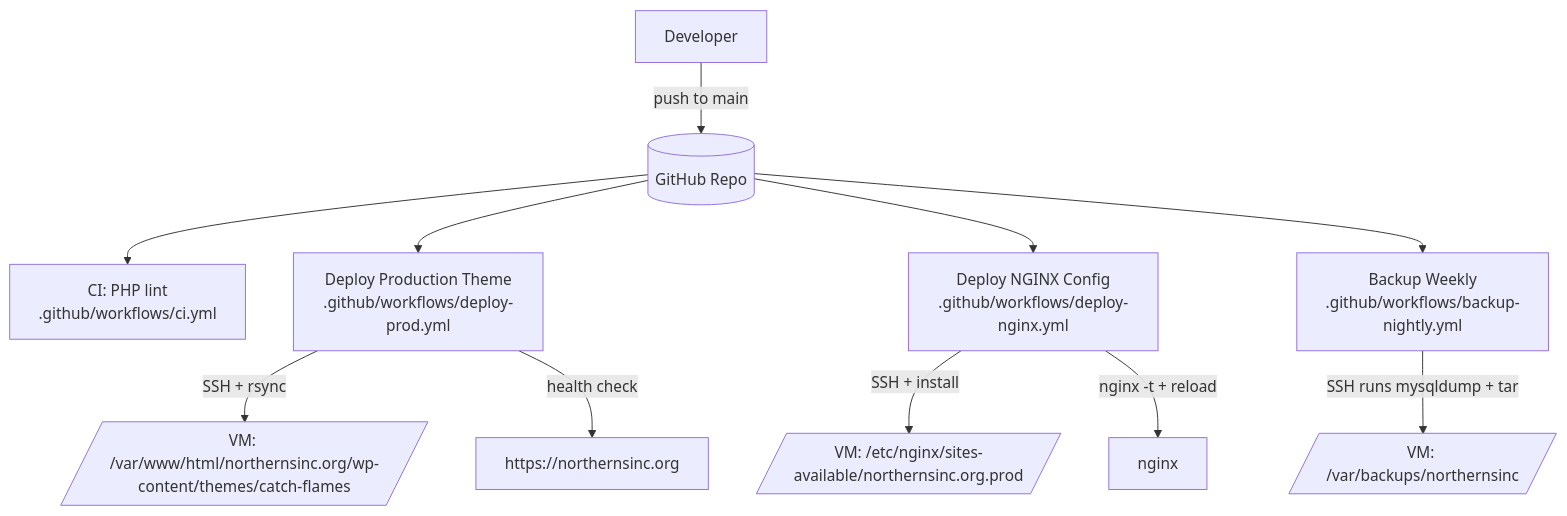
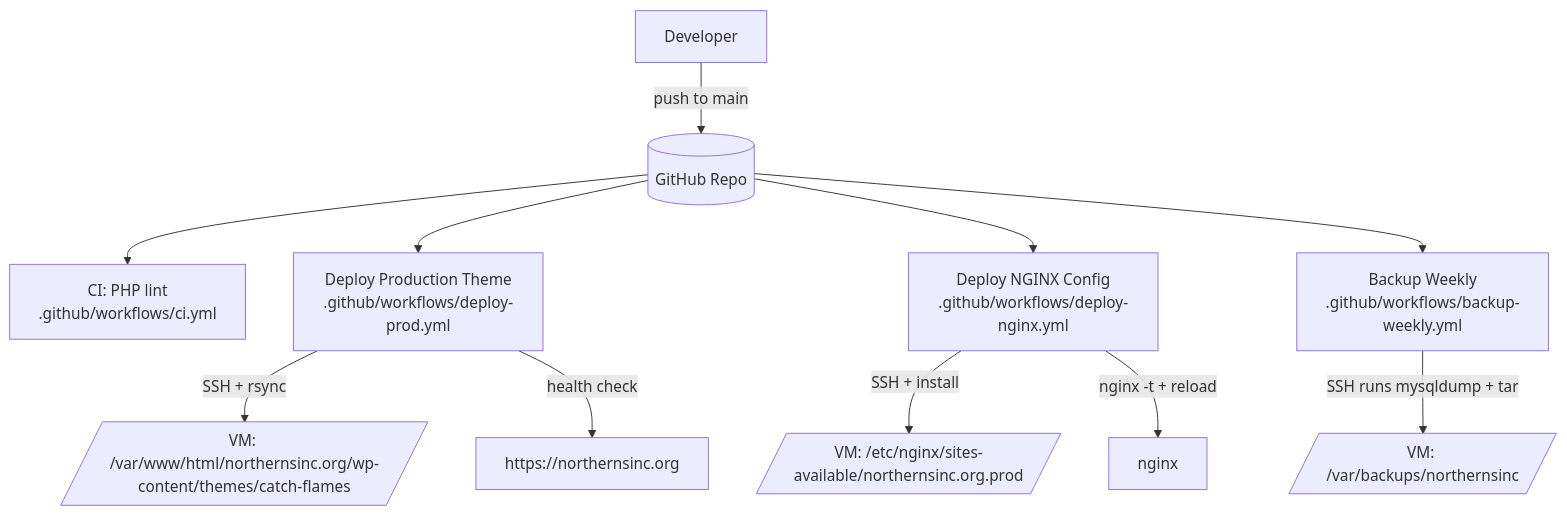
Before and after one commit to umckidy/northernsinc: the diagram in README.md, drawn with Mermaid. The commit also changed 1 other file, not shown here.

Commit message:
Rename backup workflow to backup-weekly.yml
Rename the scheduled backup workflow file to reflect weekly cadence and update README references.

````diff
--- a/README.md
+++ b/README.md
@@ -20,17 +20,17 @@
 ```mermaid
 flowchart TD
   Dev[Developer] -->|push to main| GitHub[(GitHub Repo)]
 
   GitHub --> CI[CI: PHP lint\n.github/workflows/ci.yml]
 
   GitHub --> DeployTheme[Deploy Production Theme\n.github/workflows/deploy-prod.yml]
   DeployTheme -->|SSH + rsync| VMTheme[/VM: /var/www/html/northernsinc.org/wp-content/themes/catch-flames/]
   DeployTheme -->|health check| Site[https://northernsinc.org]
 
   GitHub --> DeployNginx[Deploy NGINX Config\n.github/workflows/deploy-nginx.yml]
   DeployNginx -->|SSH + install| VMNginx[/VM: /etc/nginx/sites-available/northernsinc.org.prod/]
   DeployNginx -->|nginx -t + reload| Nginx[nginx]
 
-  GitHub --> Backup[Backup Weekly\n.github/workflows/backup-nightly.yml]
+  GitHub --> Backup[Backup Weekly\n.github/workflows/backup-weekly.yml]
   Backup -->|SSH runs mysqldump + tar| Backups[/VM: /var/backups/northernsinc/]
 ```
````
